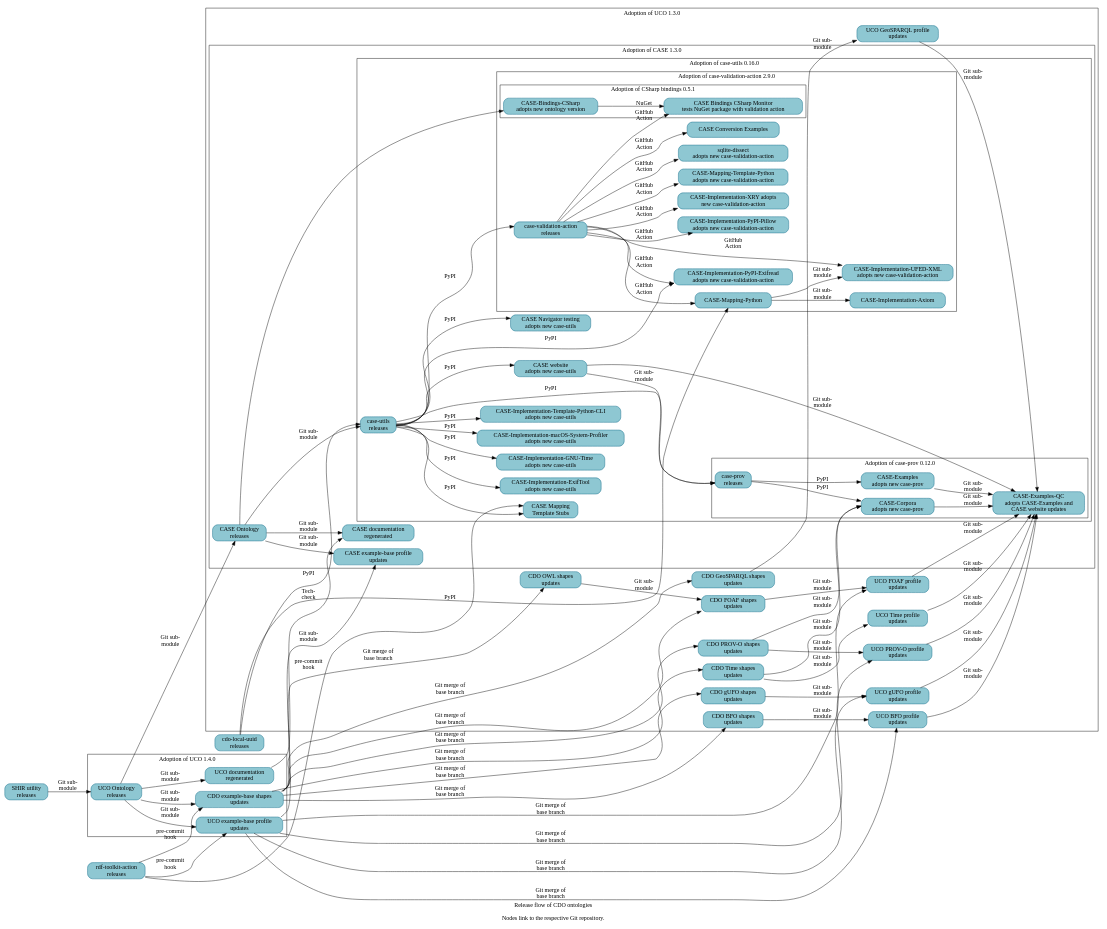
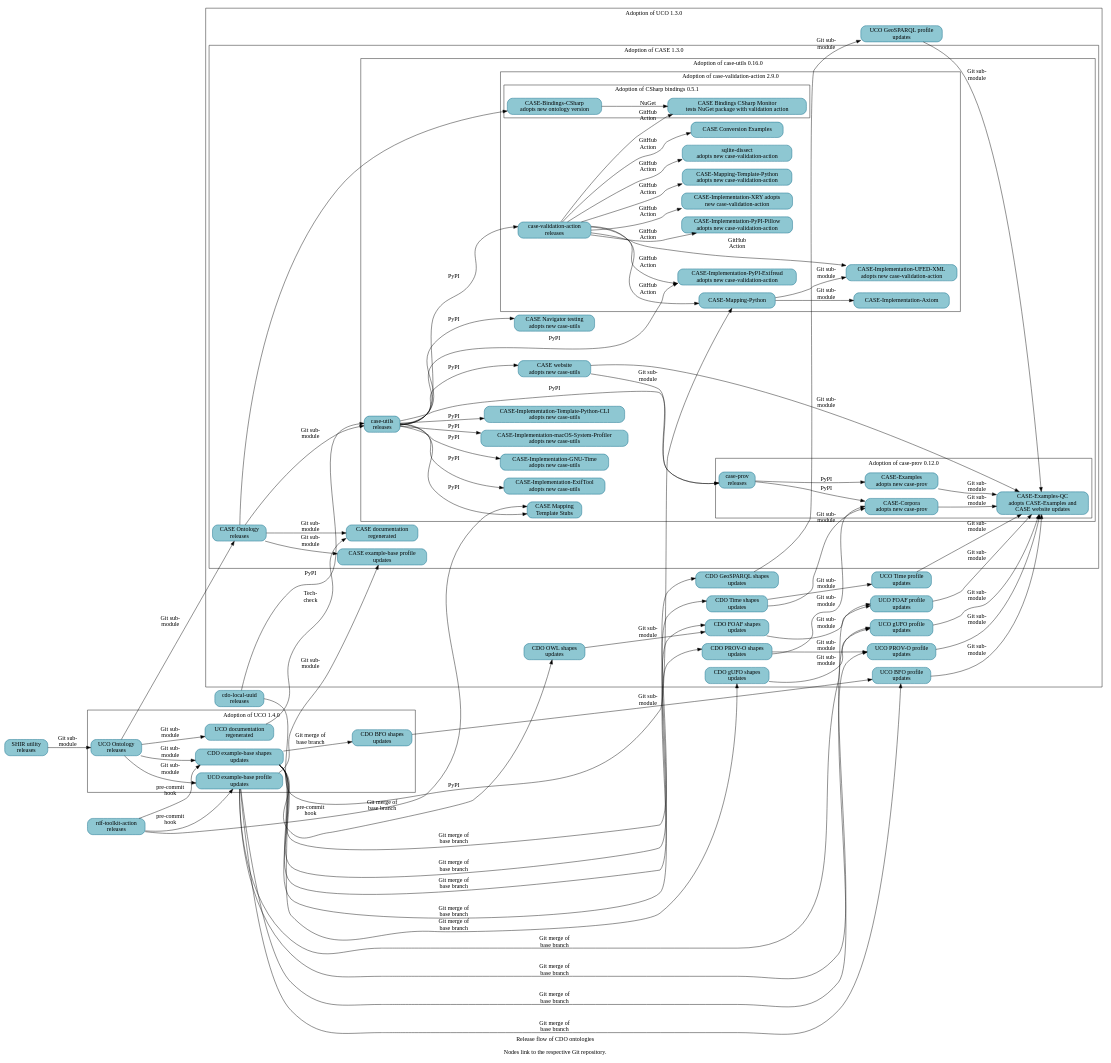
One commit to Cyber-Domain-Ontology/cdo.github.io changed the diagram in resources/project_release_flow.dot. Above: the diagram before and after it, drawn with Graphviz. The commit also changed other lines of this file, not shown here.

```diff
--- a/resources/project_release_flow.dot
+++ b/resources/project_release_flow.dot
@@ -10,7 +10,6 @@
   subgraph cluster_uco_1_3_0 {
     label = "Adoption of UCO 1.3.0" ;
 
-    _GH__CYBER_DOMAIN_ONTOLOGY__CDO_SHAPES_BFO [URL="https://github.com/Cyber-Domain-Ontology/CDO-Shapes-BFO" label="CDO BFO shapes\nupdates"] ;
     _GH__CYBER_DOMAIN_ONTOLOGY__CDO_SHAPES_FOAF [URL="https://github.com/Cyber-Domain-Ontology/CDO-Shapes-FOAF" label="CDO FOAF shapes\nupdates"] ;
     _GH__CYBER_DOMAIN_ONTOLOGY__CDO_SHAPES_GEOSPARQL [URL="https://github.com/Cyber-Domain-Ontology/CDO-Shapes-GeoSPARQL" label="CDO GeoSPARQL shapes\nupdates"] ;
     _GH__CYBER_DOMAIN_ONTOLOGY__CDO_SHAPES_GUFO [URL="https://github.com/Cyber-Domain-Ontology/CDO-Shapes-gufo" label="CDO gUFO shapes\nupdates"] ;
@@ -80,6 +79,7 @@
   subgraph cluster_uco_1_4_0 {
     label = "Adoption of UCO 1.4.0" ;
 
+    _GH__CYBER_DOMAIN_ONTOLOGY__CDO_SHAPES_BFO [URL="https://github.com/Cyber-Domain-Ontology/CDO-Shapes-BFO" label="CDO BFO shapes\nupdates"] ;
     _GH__CYBER_DOMAIN_ONTOLOGY__CDO_SHAPES_EXAMPLE [URL="https://github.com/Cyber-Domain-Ontology/CDO-Shapes-Example" label="CDO example-base shapes\nupdates"] ;
     _GH__UCOPROJECT__ONTOLOGY_UNIFIEDCYBERONTOLOGY_ORG [URL="https://github.com/ucoProject/ontology.unifiedcyberontology.org" label="UCO documentation\nregenerated"] ;
     _GH__UCOPROJECT__UCO [URL="https://github.com/ucoProject/UCO" label="UCO Ontology\nreleases"] ;
```
